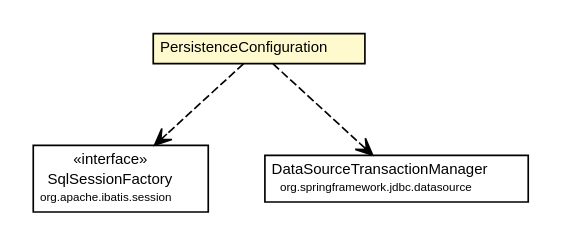
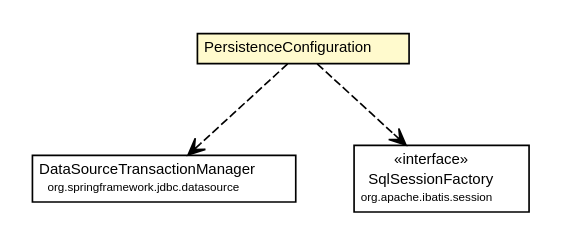
The diagram in docs/javadoc/apidocs/net/ljcomputing/config/PersistenceConfiguration.dot (willmorejg/net.ljcomputing.entity), drawn with Graphviz before and after one commit. The commit also changed 151 other files, not shown here.

```diff
--- a/docs/javadoc/apidocs/net/ljcomputing/config/PersistenceConfiguration.dot
+++ b/docs/javadoc/apidocs/net/ljcomputing/config/PersistenceConfiguration.dot
@@ -1,37 +1,37 @@
 #!/usr/local/bin/dot
 #
 # Class diagram 
 # Generated by UMLGraph version R5_6 (http://www.umlgraph.org/)
 #
 
 digraph G {
 	edge [fontname="Helvetica",fontsize=10,labelfontname="Helvetica",labelfontsize=10];
 	node [fontname="Helvetica",fontsize=10,shape=plaintext];
 	nodesep=0.25;
 	ranksep=0.5;
 	// net.ljcomputing.config.PersistenceConfiguration
-	c142 [label=<<table title="net.ljcomputing.config.PersistenceConfiguration" border="0" cellborder="1" cellspacing="0" cellpadding="2" port="p" bgcolor="lemonChiffon" href="./PersistenceConfiguration.html">
+	c175 [label=<<table title="net.ljcomputing.config.PersistenceConfiguration" border="0" cellborder="1" cellspacing="0" cellpadding="2" port="p" bgcolor="lemonChiffon" href="./PersistenceConfiguration.html">
 		<tr><td><table border="0" cellspacing="0" cellpadding="1">
 <tr><td align="center" balign="center"> PersistenceConfiguration </td></tr>
 		</table></td></tr>
 		</table>>, URL="./PersistenceConfiguration.html", fontname="Helvetica", fontcolor="black", fontsize=9.0];
+	// net.ljcomputing.config.PersistenceConfiguration DEPEND org.springframework.jdbc.datasource.DataSourceTransactionManager
+	c175:p -> c184:p [taillabel="", label="", headlabel="", fontname="Helvetica", fontcolor="black", fontsize=10.0, color="black", arrowhead=open, style=dashed];
 	// net.ljcomputing.config.PersistenceConfiguration DEPEND org.apache.ibatis.session.SqlSessionFactory
-	c142:p -> c144:p [taillabel="", label="", headlabel="", fontname="Helvetica", fontcolor="black", fontsize=10.0, color="black", arrowhead=open, style=dashed];
-	// net.ljcomputing.config.PersistenceConfiguration DEPEND org.springframework.jdbc.datasource.DataSourceTransactionManager
-	c142:p -> c151:p [taillabel="", label="", headlabel="", fontname="Helvetica", fontcolor="black", fontsize=10.0, color="black", arrowhead=open, style=dashed];
+	c175:p -> c186:p [taillabel="", label="", headlabel="", fontname="Helvetica", fontcolor="black", fontsize=10.0, color="black", arrowhead=open, style=dashed];
 	// org.springframework.jdbc.datasource.DataSourceTransactionManager
-	c151 [label=<<table title="org.springframework.jdbc.datasource.DataSourceTransactionManager" border="0" cellborder="1" cellspacing="0" cellpadding="2" port="p">
+	c184 [label=<<table title="org.springframework.jdbc.datasource.DataSourceTransactionManager" border="0" cellborder="1" cellspacing="0" cellpadding="2" port="p">
 		<tr><td><table border="0" cellspacing="0" cellpadding="1">
 <tr><td align="center" balign="center"> DataSourceTransactionManager </td></tr>
 <tr><td align="center" balign="center"><font point-size="7.0"> org.springframework.jdbc.datasource </font></td></tr>
 		</table></td></tr>
 		</table>>, URL="null", fontname="Helvetica", fontcolor="black", fontsize=9.0];
 	// org.apache.ibatis.session.SqlSessionFactory
-	c144 [label=<<table title="org.apache.ibatis.session.SqlSessionFactory" border="0" cellborder="1" cellspacing="0" cellpadding="2" port="p">
+	c186 [label=<<table title="org.apache.ibatis.session.SqlSessionFactory" border="0" cellborder="1" cellspacing="0" cellpadding="2" port="p">
 		<tr><td><table border="0" cellspacing="0" cellpadding="1">
 <tr><td align="center" balign="center"> &#171;interface&#187; </td></tr>
 <tr><td align="center" balign="center"> SqlSessionFactory </td></tr>
 <tr><td align="center" balign="center"><font point-size="7.0"> org.apache.ibatis.session </font></td></tr>
 		</table></td></tr>
 		</table>>, URL="null", fontname="Helvetica", fontcolor="black", fontsize=9.0];
 }
```
